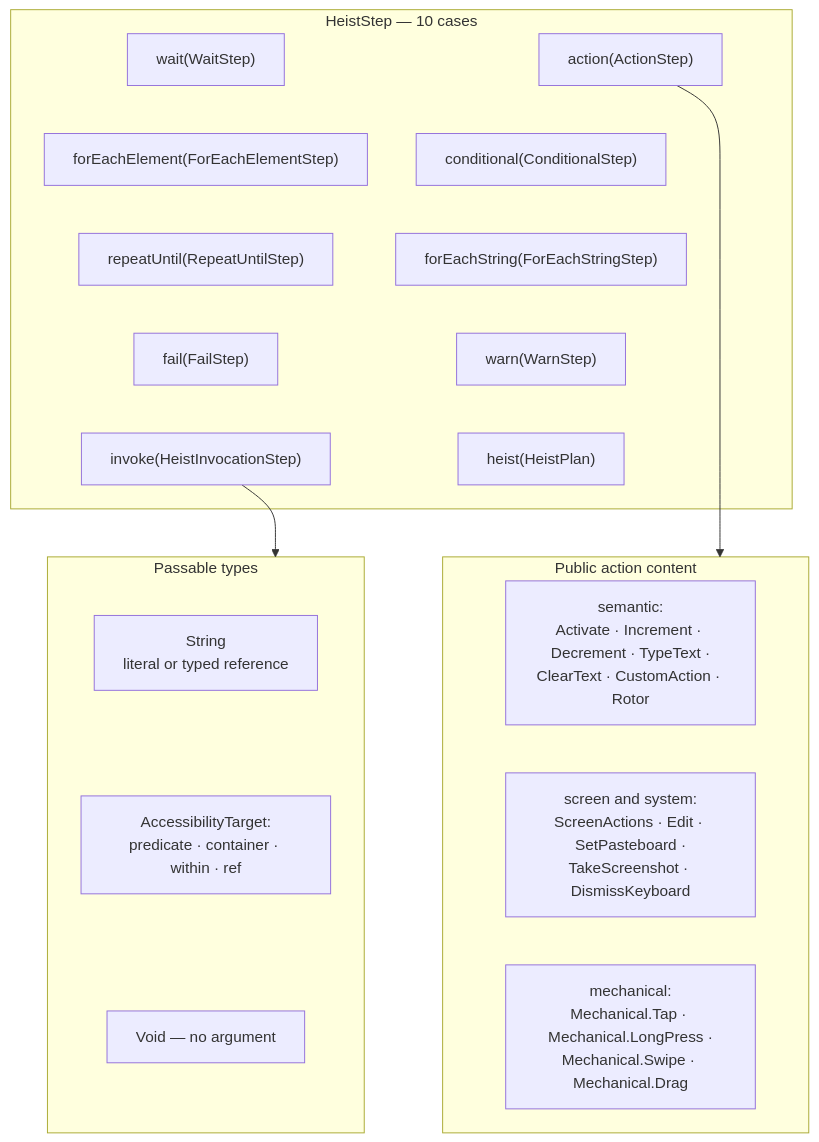
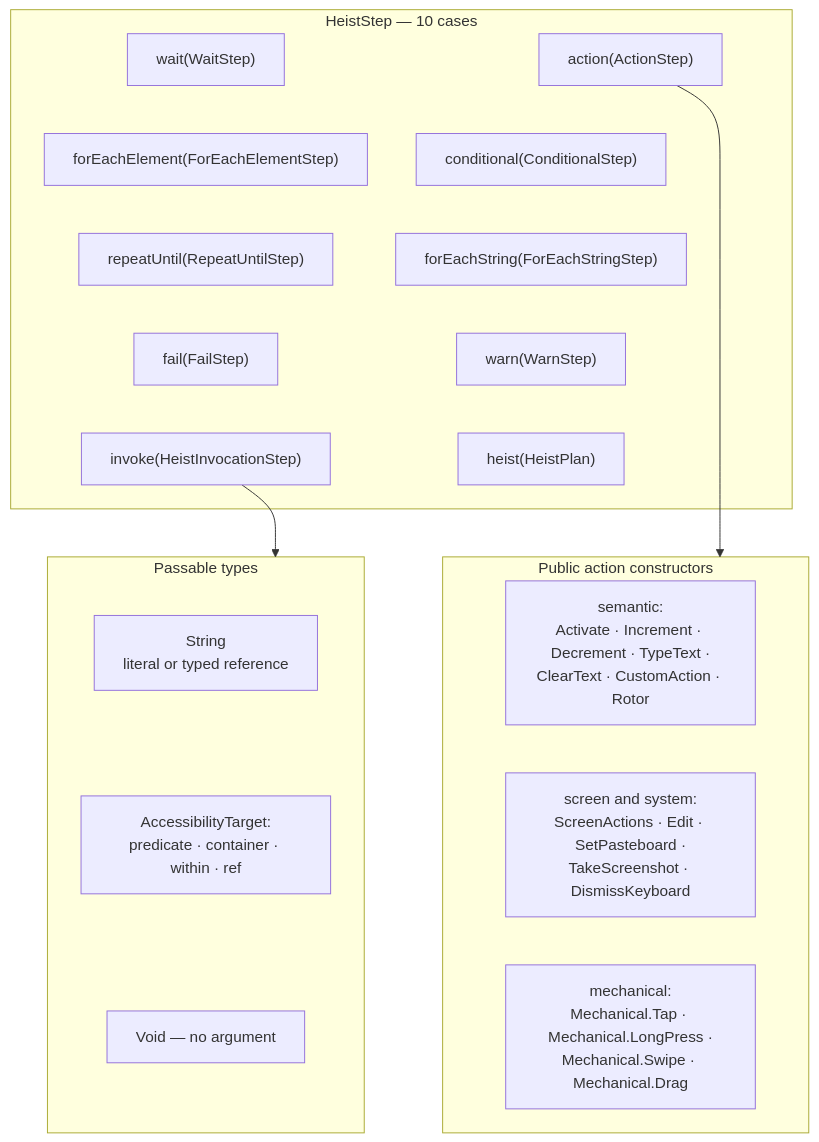
One commit to RoyalPineapple/TheButtonHeist changed the first of 2 diagrams in docs/diagrams/dsl-grammar.md. Above: the diagram before and after it, drawn with Mermaid. The commit also changed 272 other files, not shown here.

First line of the commit message:
Consolidate runtime ownership and observation flow (#1357)

````diff
--- a/docs/diagrams/dsl-grammar.md
+++ b/docs/diagrams/dsl-grammar.md
@@ -9,44 +9,44 @@
 ```mermaid
 flowchart TD
     subgraph steps["HeistStep — 10 cases"]
         ACTION["action(ActionStep)"]
         WAIT["wait(WaitStep)"]
         COND["conditional(ConditionalStep)"]
         FEE["forEachElement(ForEachElementStep)"]
         FES["forEachString(ForEachStringStep)"]
         RU["repeatUntil(RepeatUntilStep)"]
         WARNS["warn(WarnStep)"]
         FAILS["fail(FailStep)"]
         NESTED["heist(HeistPlan)"]
         INVOKE["invoke(HeistInvocationStep)"]
         ACTION ~~~ COND
         COND ~~~ FES
         FES ~~~ WARNS
         WARNS ~~~ NESTED
         WAIT ~~~ FEE
         FEE ~~~ RU
         RU ~~~ FAILS
         FAILS ~~~ INVOKE
     end
 
-    subgraph commands["Public action content"]
+    subgraph commands["Public action constructors"]
         SEMANTIC["semantic:<br/>Activate · Increment · Decrement · TypeText ·<br/>ClearText · CustomAction · Rotor"]
         SYSTEM["screen and system:<br/>ScreenActions · Edit · SetPasteboard ·<br/>TakeScreenshot · DismissKeyboard"]
         MECH["mechanical:<br/>Mechanical.Tap · Mechanical.LongPress ·<br/>Mechanical.Swipe · Mechanical.Drag"]
         SEMANTIC ~~~ SYSTEM
         SYSTEM ~~~ MECH
     end
 
     subgraph passables["Passable types"]
         PSTR["String<br/>literal or typed reference"]
         PTGT["AccessibilityTarget:<br/>predicate · container · within · ref"]
         PVOID["Void — no argument"]
         PSTR ~~~ PTGT
         PTGT ~~~ PVOID
     end
 
     NESTED ~~~ SEMANTIC
     INVOKE ~~~ PSTR
     ACTION --> commands
     INVOKE --> passables
 ```
````
